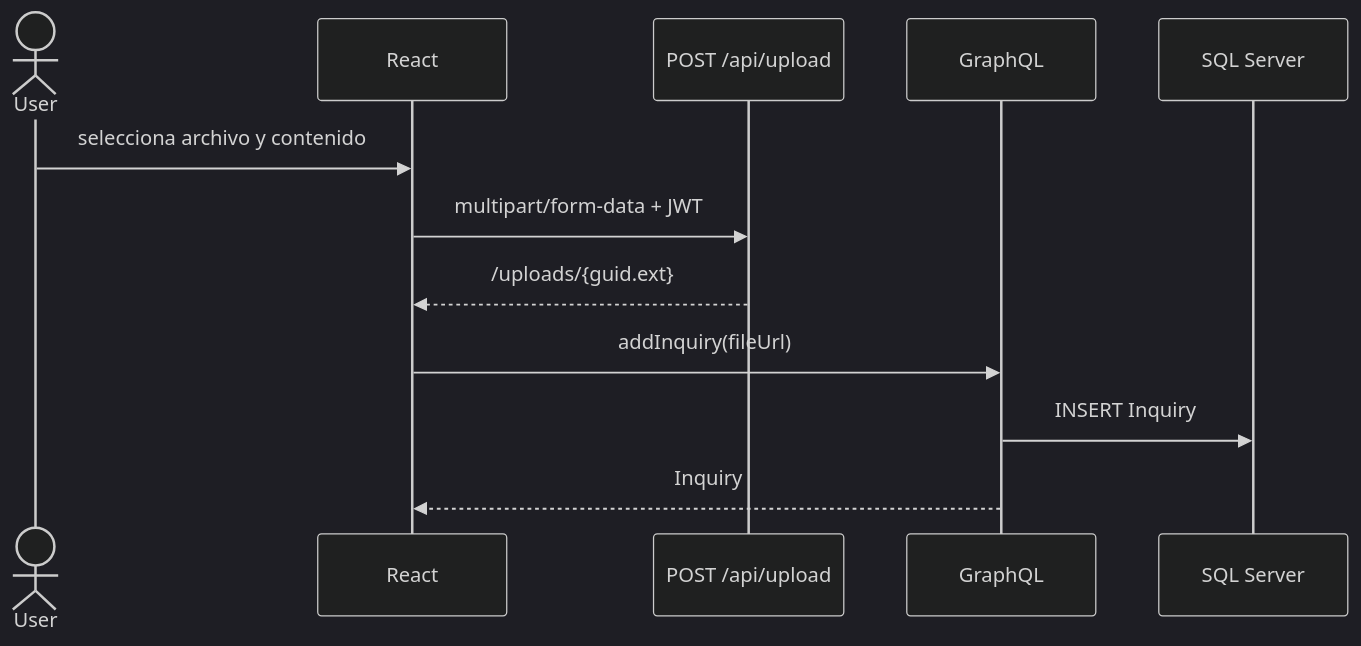
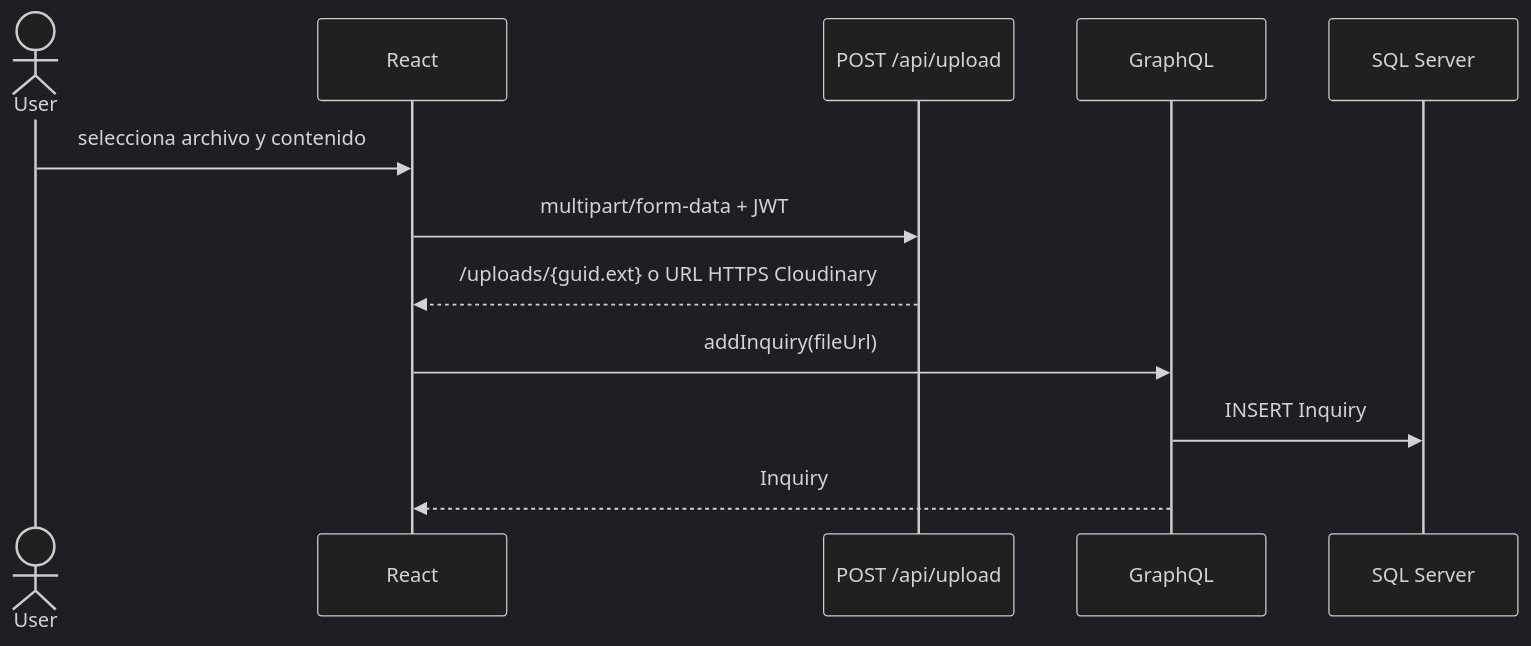
Before and after one commit to fagdiaz/OneITB: the second of 2 diagrams in docs/project_docs/architecture-and-design.md, drawn with Mermaid (dark theme). The commit also changed other lines of this file and 59 other files, not shown here.

````diff
--- a/docs/project_docs/architecture-and-design.md
+++ b/docs/project_docs/architecture-and-design.md
@@ -93,14 +96,14 @@
 ```mermaid
 sequenceDiagram
     actor User
     participant FE as React
     participant Upload as POST /api/upload
     participant GQL as GraphQL
     participant DB as SQL Server
     User->>FE: selecciona archivo y contenido
     FE->>Upload: multipart/form-data + JWT
-    Upload-->>FE: /uploads/{guid.ext}
+    Upload-->>FE: /uploads/{guid.ext} o URL HTTPS Cloudinary
     FE->>GQL: addInquiry(fileUrl)
     GQL->>DB: INSERT Inquiry
     GQL-->>FE: Inquiry
 ```
````
